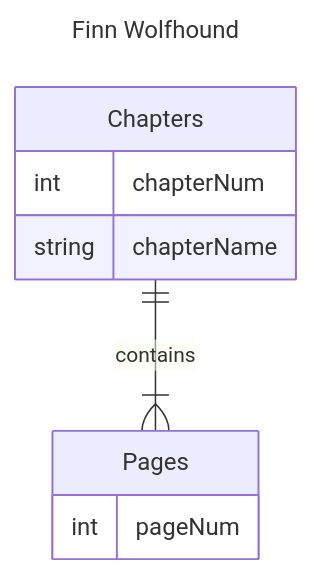
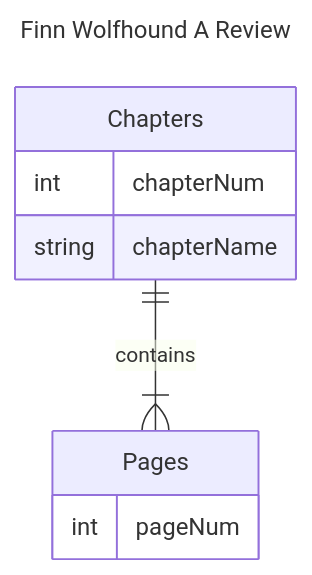
Before and after one commit to it-sd-sqc/sqc-project-tawnashampo: the diagram in README.md, drawn with Mermaid.

````diff
--- a/README.md
+++ b/README.md
@@ -8,14 +8,14 @@
 ```mermaid
 ---
-title: Finn Wolfhound
+title: Finn Wolfhound A Review
 ---
 erDiagram
    Chapters ||--|{ Pages : contains
    Chapters {
     int chapterNum
     string chapterName
    }
    Pages {
     int pageNum
    }
 ```
````
